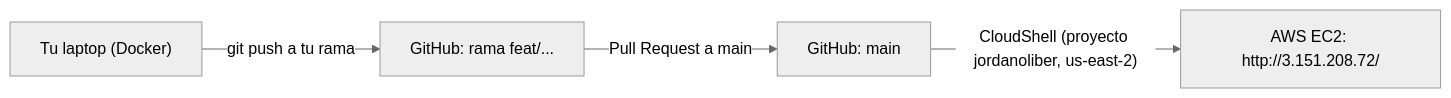
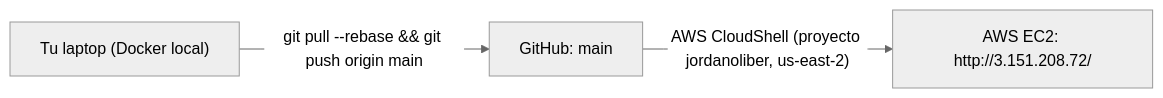
The diagram in GUIA_EQUIPO.md (JordanSoncco/latinex), drawn with Mermaid (neutral theme) before and after one commit. The commit also changed other lines of this file and 1 other file, not shown here.

Commit message:
docs(equipo): unificar flujo directo en main, CloudShell autonomo y contratos exactos

````diff
--- a/GUIA_EQUIPO.md
+++ b/GUIA_EQUIPO.md
@@ -132,6 +142,5 @@
 ```mermaid
 flowchart LR
-    A["Tu laptop (Docker)"] -->|"git push a tu rama"| B["GitHub: rama feat/..."]
-    B -->|"Pull Request a main"| C["GitHub: main"]
-    C -->|"CloudShell (proyecto jordanoliber, us-east-2)"| D["AWS EC2: http://3.151.208.72/"]
+    A["Tu laptop (Docker local)"] -->|"git pull --rebase && git push origin main"| B["GitHub: main"]
+    B -->|"AWS CloudShell (proyecto jordanoliber, us-east-2)"| C["AWS EC2: http://3.151.208.72/"]
 ```
````
